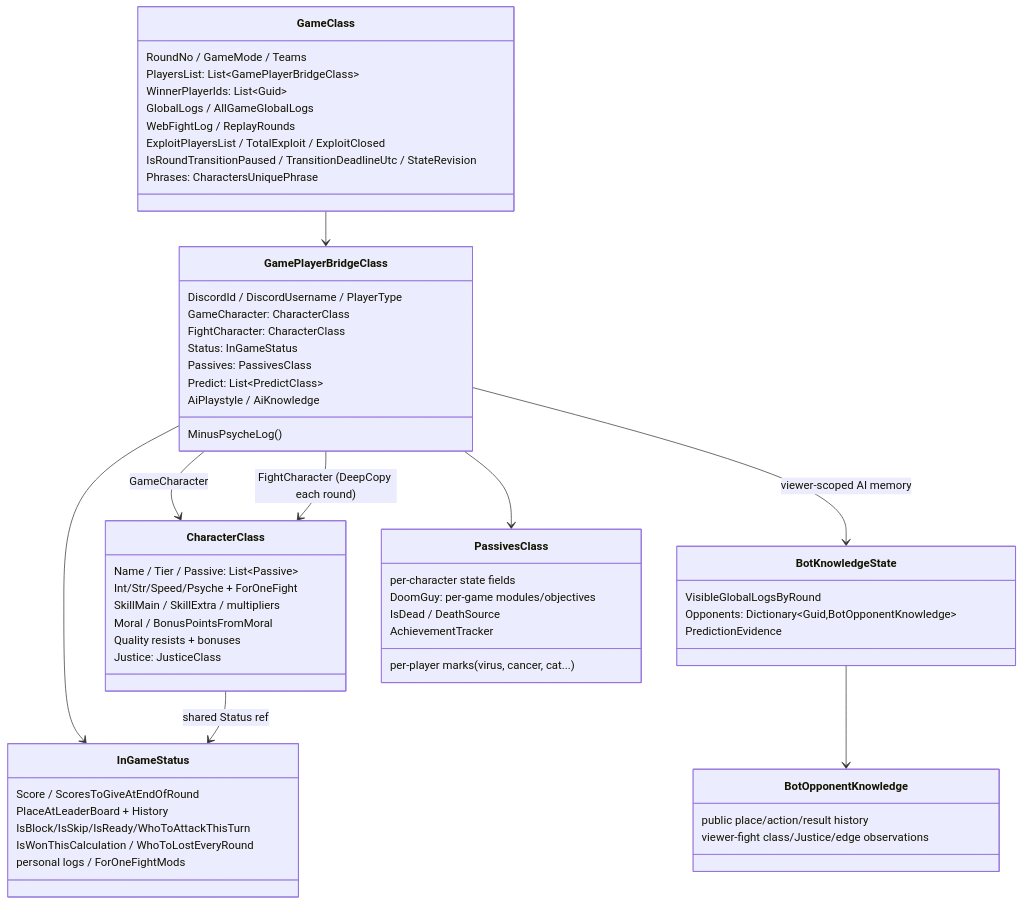
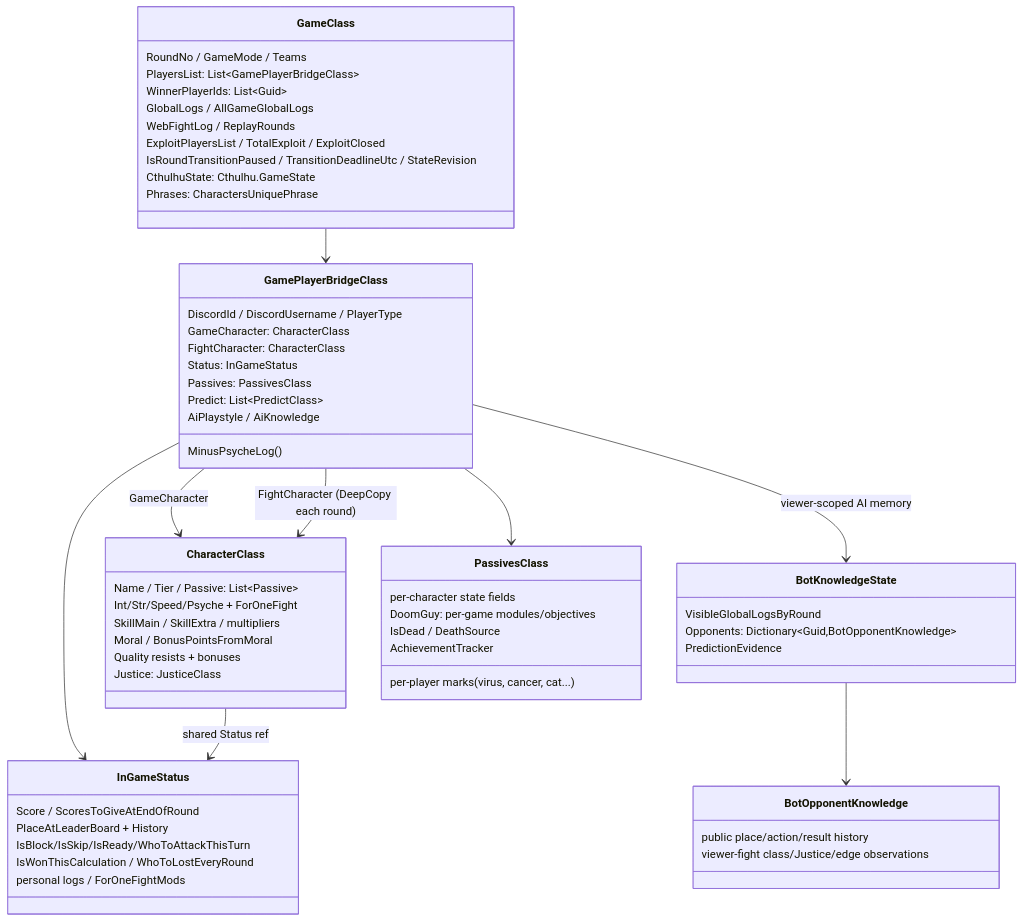
One commit to akulihin/King-of-the-Garbage-Hill changed the second of 2 diagrams in docs/ARCHITECTURE.md. Above: the diagram before and after it, drawn with Mermaid. The commit also changed other lines of this file and 82 other files, not shown here.

````diff
--- a/docs/ARCHITECTURE.md
+++ b/docs/ARCHITECTURE.md
@@ -31,62 +31,63 @@
 ```mermaid
 classDiagram
     class GameClass {
         RoundNo / GameMode / Teams
         PlayersList: List~GamePlayerBridgeClass~
         WinnerPlayerIds: List~Guid~
         GlobalLogs / AllGameGlobalLogs
         WebFightLog / ReplayRounds
         ExploitPlayersList / TotalExploit / ExploitClosed
         IsRoundTransitionPaused / TransitionDeadlineUtc / StateRevision
+        CthulhuState: Cthulhu.GameState
         Phrases: CharactersUniquePhrase
     }
     class GamePlayerBridgeClass {
         DiscordId / DiscordUsername / PlayerType
         GameCharacter: CharacterClass
         FightCharacter: CharacterClass
         Status: InGameStatus
         Passives: PassivesClass
         Predict: List~PredictClass~
         AiPlaystyle / AiKnowledge
         MinusPsycheLog()
     }
     class BotKnowledgeState {
         VisibleGlobalLogsByRound
         Opponents: Dictionary~Guid,BotOpponentKnowledge~
         PredictionEvidence
     }
     class BotOpponentKnowledge {
         public place/action/result history
         viewer-fight class/Justice/edge observations
     }
     class CharacterClass {
         Name / Tier / Passive: List~Passive~
         Int/Str/Speed/Psyche + ForOneFight
         SkillMain / SkillExtra / multipliers
         Moral / BonusPointsFromMoral
         Quality resists + bonuses
         Justice: JusticeClass
     }
     class InGameStatus {
         Score / ScoresToGiveAtEndOfRound
         PlaceAtLeaderBoard + History
         IsBlock/IsSkip/IsReady/WhoToAttackThisTurn
         IsWonThisCalculation / WhoToLostEveryRound
         personal logs / ForOneFightMods
     }
     class PassivesClass {
         per-character state fields
         DoomGuy: per-game modules/objectives
         per-player marks (virus, cancer, cat...)
         IsDead / DeathSource
         AchievementTracker
     }
     GameClass --> GamePlayerBridgeClass
     GamePlayerBridgeClass --> CharacterClass : GameCharacter
     GamePlayerBridgeClass --> CharacterClass : FightCharacter (DeepCopy each round)
     GamePlayerBridgeClass --> InGameStatus
     GamePlayerBridgeClass --> PassivesClass
     GamePlayerBridgeClass --> BotKnowledgeState : viewer-scoped AI memory
     BotKnowledgeState --> BotOpponentKnowledge
     CharacterClass --> InGameStatus : shared Status ref
 ```
````
